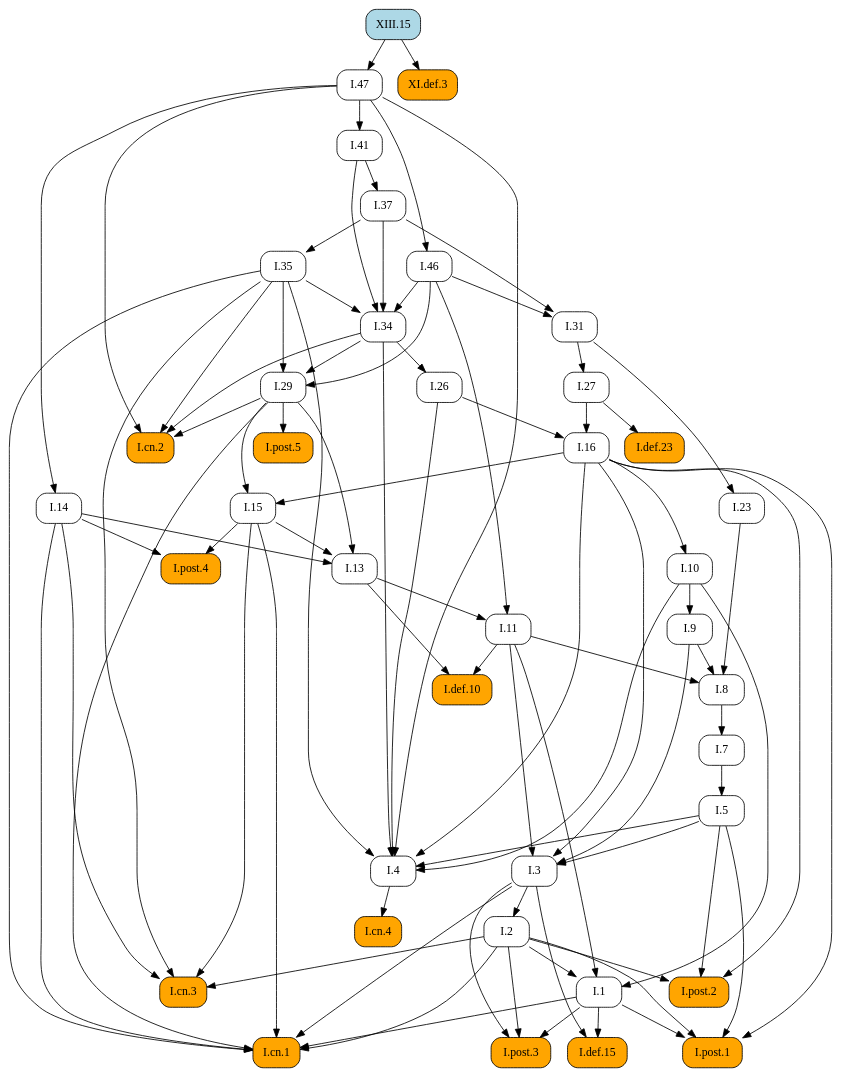
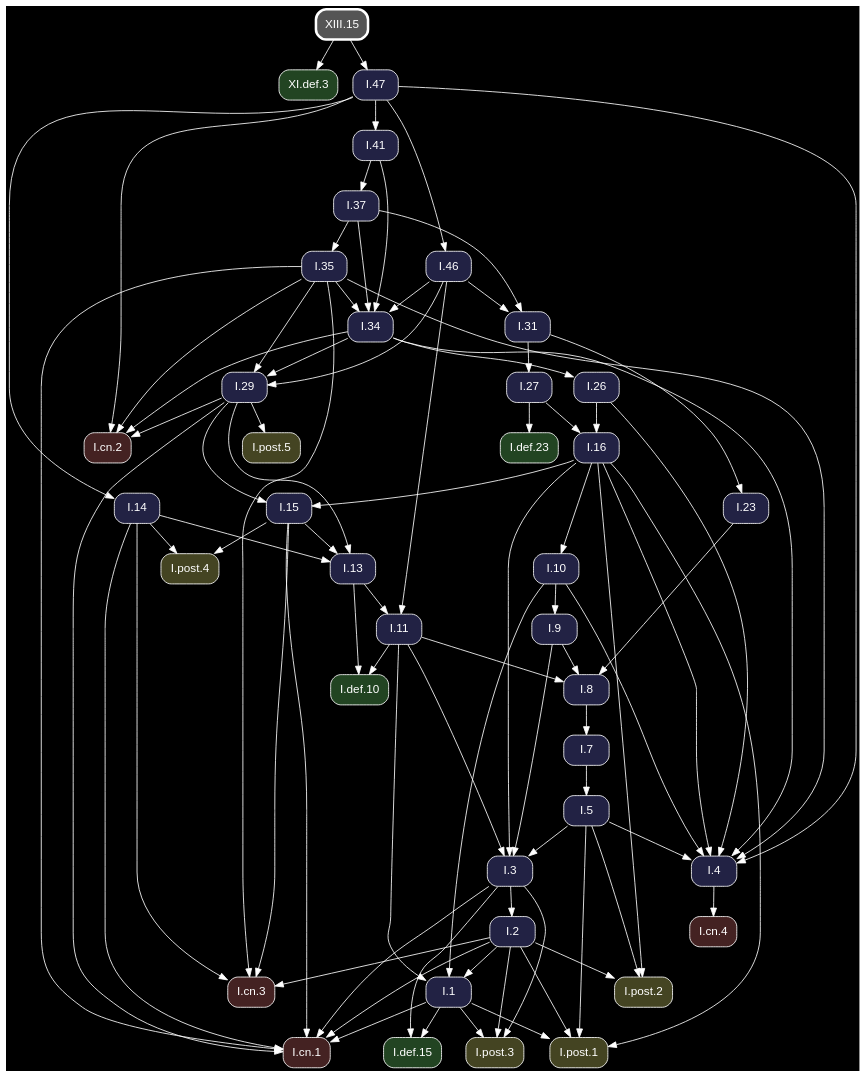
Before and after one commit to geometor/elements: the diagram in docsrc/heath/XIII/15/index.rst, drawn with Graphviz. The commit also changed other lines of this file and 1200 other files, not shown here.

Commit message:
update dependency graphs

```diff
--- a/docsrc/heath/XIII/15/index.rst
+++ b/docsrc/heath/XIII/15/index.rst
@@ -53,75 +53,55 @@
 .. graphviz::
 
    digraph {
+     bgcolor="black";
+     node [shape=box, style="rounded,filled", fontname="Helvetica", color="white", fontcolor="white"];
+     edge [color="white", fontcolor="white"];
      rankdir="TB";
-     node [shape=box, style=rounded];
-     "I.23" [URL="/heath/I/23/", target="_top"];
-     "I.9" [URL="/heath/I/9/", target="_top"];
-     "I.def.15" [style="rounded,filled", fillcolor=orange, URL="/heath/I/def.15/", target="_top"];
-     "I.47" [URL="/heath/I/47/", target="_top"];
-     "I.post.3" [style="rounded,filled", fillcolor=orange, URL="/heath/I/post.3/", target="_top"];
-     "I.post.1" [style="rounded,filled", fillcolor=orange, URL="/heath/I/post.1/", target="_top"];
-     "I.31" [URL="/heath/I/31/", target="_top"];
-     "I.def.10" [style="rounded,filled", fillcolor=orange, URL="/heath/I/def.10/", target="_top"];
-     "XI.def.3" [style="rounded,filled", fillcolor=orange, URL="/heath/XI/def.3/", target="_top"];
-     "I.27" [URL="/heath/I/27/", target="_top"];
-     "I.14" [URL="/heath/I/14/", target="_top"];
-     "I.34" [URL="/heath/I/34/", target="_top"];
-     "I.3" [URL="/heath/I/3/", target="_top"];
-     "I.35" [URL="/heath/I/35/", target="_top"];
-     "I.cn.1" [style="rounded,filled", fillcolor=orange, URL="/heath/I/cn.1/", target="_top"];
-     "I.7" [URL="/heath/I/7/", target="_top"];
-     "I.2" [URL="/heath/I/2/", target="_top"];
-     "I.13" [URL="/heath/I/13/", target="_top"];
-     "I.post.4" [style="rounded,filled", fillcolor=orange, URL="/heath/I/post.4/", target="_top"];
-     "I.4" [URL="/heath/I/4/", target="_top"];
-     "I.1" [URL="/heath/I/1/", target="_top"];
-     "I.5" [URL="/heath/I/5/", target="_top"];
-     "I.37" [URL="/heath/I/37/", target="_top"];
-     "I.8" [URL="/heath/I/8/", target="_top"];
-     "I.29" [URL="/heath/I/29/", target="_top"];
-     "I.cn.3" [style="rounded,filled", fillcolor=orange, URL="/heath/I/cn.3/", target="_top"];
-     "I.16" [URL="/heath/I/16/", target="_top"];
-     "I.15" [URL="/heath/I/15/", target="_top"];
-     "I.10" [URL="/heath/I/10/", target="_top"];
-     "I.11" [URL="/heath/I/11/", target="_top"];
-     "I.def.23" [style="rounded,filled", fillcolor=orange, URL="/heath/I/def.23/", target="_top"];
-     "I.cn.2" [style="rounded,filled", fillcolor=orange, URL="/heath/I/cn.2/", target="_top"];
-     "I.post.5" [style="rounded,filled", fillcolor=orange, URL="/heath/I/post.5/", target="_top"];
-     "XIII.15" [style="rounded,filled", fillcolor=lightblue, URL="/heath/XIII/15/", target="_top"];
-     "I.cn.4" [style="rounded,filled", fillcolor=orange, URL="/heath/I/cn.4/", target="_top"];
-     "I.41" [URL="/heath/I/41/", target="_top"];
-     "I.post.2" [style="rounded,filled", fillcolor=orange, URL="/heath/I/post.2/", target="_top"];
-     "I.46" [URL="/heath/I/46/", target="_top"];
-     "I.26" [URL="/heath/I/26/", target="_top"];
-     "I.31" -> "I.23";
-     "I.10" -> "I.9";
-     "I.1" -> "I.def.15";
-     "I.3" -> "I.def.15";
-     "XIII.15" -> "I.47";
-     "I.1" -> "I.post.3";
-     "I.2" -> "I.post.3";
-     "I.3" -> "I.post.3";
-     "I.1" -> "I.post.1";
-     "I.2" -> "I.post.1";
-     "I.5" -> "I.post.1";
-     "I.16" -> "I.post.1";
+     "I.31" [fillcolor="#222244", URL="/heath/I/31/", target="_top"];
+     "I.3" [fillcolor="#222244", URL="/heath/I/3/", target="_top"];
+     "I.cn.1" [fillcolor="#442222", URL="/heath/I/cn.1/", target="_top"];
+     "XI.def.3" [fillcolor="#224422", URL="/heath/XI/def.3/", target="_top"];
+     "I.def.10" [fillcolor="#224422", URL="/heath/I/def.10/", target="_top"];
+     "I.15" [fillcolor="#222244", URL="/heath/I/15/", target="_top"];
+     "XIII.15" [penwidth=3, color="white", fillcolor="#555555", URL="/heath/XIII/15/", target="_top"];
+     "I.13" [fillcolor="#222244", URL="/heath/I/13/", target="_top"];
+     "I.27" [fillcolor="#222244", URL="/heath/I/27/", target="_top"];
+     "I.2" [fillcolor="#222244", URL="/heath/I/2/", target="_top"];
+     "I.41" [fillcolor="#222244", URL="/heath/I/41/", target="_top"];
+     "I.cn.2" [fillcolor="#442222", URL="/heath/I/cn.2/", target="_top"];
+     "I.9" [fillcolor="#222244", URL="/heath/I/9/", target="_top"];
+     "I.1" [fillcolor="#222244", URL="/heath/I/1/", target="_top"];
+     "I.post.5" [fillcolor="#444422", URL="/heath/I/post.5/", target="_top"];
+     "I.post.4" [fillcolor="#444422", URL="/heath/I/post.4/", target="_top"];
+     "I.23" [fillcolor="#222244", URL="/heath/I/23/", target="_top"];
+     "I.26" [fillcolor="#222244", URL="/heath/I/26/", target="_top"];
+     "I.8" [fillcolor="#222244", URL="/heath/I/8/", target="_top"];
+     "I.4" [fillcolor="#222244", URL="/heath/I/4/", target="_top"];
+     "I.7" [fillcolor="#222244", URL="/heath/I/7/", target="_top"];
+     "I.5" [fillcolor="#222244", URL="/heath/I/5/", target="_top"];
+     "I.10" [fillcolor="#222244", URL="/heath/I/10/", target="_top"];
+     "I.46" [fillcolor="#222244", URL="/heath/I/46/", target="_top"];
+     "I.post.1" [fillcolor="#444422", URL="/heath/I/post.1/", target="_top"];
+     "I.11" [fillcolor="#222244", URL="/heath/I/11/", target="_top"];
+     "I.37" [fillcolor="#222244", URL="/heath/I/37/", target="_top"];
+     "I.16" [fillcolor="#222244", URL="/heath/I/16/", target="_top"];
+     "I.cn.3" [fillcolor="#442222", URL="/heath/I/cn.3/", target="_top"];
+     "I.29" [fillcolor="#222244", URL="/heath/I/29/", target="_top"];
+     "I.post.2" [fillcolor="#444422", URL="/heath/I/post.2/", target="_top"];
+     "I.cn.4" [fillcolor="#442222", URL="/heath/I/cn.4/", target="_top"];
+     "I.47" [fillcolor="#222244", URL="/heath/I/47/", target="_top"];
+     "I.14" [fillcolor="#222244", URL="/heath/I/14/", target="_top"];
+     "I.35" [fillcolor="#222244", URL="/heath/I/35/", target="_top"];
+     "I.def.23" [fillcolor="#224422", URL="/heath/I/def.23/", target="_top"];
+     "I.post.3" [fillcolor="#444422", URL="/heath/I/post.3/", target="_top"];
+     "I.34" [fillcolor="#222244", URL="/heath/I/34/", target="_top"];
+     "I.def.15" [fillcolor="#224422", URL="/heath/I/def.15/", target="_top"];
      "I.37" -> "I.31";
      "I.46" -> "I.31";
-     "I.11" -> "I.def.10";
-     "I.13" -> "I.def.10";
-     "XIII.15" -> "XI.def.3";
-     "I.31" -> "I.27";
-     "I.47" -> "I.14";
-     "I.35" -> "I.34";
-     "I.37" -> "I.34";
-     "I.41" -> "I.34";
-     "I.46" -> "I.34";
      "I.5" -> "I.3";
      "I.9" -> "I.3";
      "I.11" -> "I.3";
      "I.16" -> "I.3";
-     "I.37" -> "I.35";
      "I.1" -> "I.cn.1";
      "I.2" -> "I.cn.1";
      "I.3" -> "I.cn.1";
@@ -129,13 +109,33 @@
      "I.15" -> "I.cn.1";
      "I.29" -> "I.cn.1";
      "I.35" -> "I.cn.1";
-     "I.8" -> "I.7";
-     "I.3" -> "I.2";
+     "XIII.15" -> "XI.def.3";
+     "I.11" -> "I.def.10";
+     "I.13" -> "I.def.10";
+     "I.16" -> "I.15";
+     "I.29" -> "I.15";
      "I.14" -> "I.13";
      "I.15" -> "I.13";
      "I.29" -> "I.13";
+     "I.31" -> "I.27";
+     "I.3" -> "I.2";
+     "I.47" -> "I.41";
+     "I.29" -> "I.cn.2";
+     "I.34" -> "I.cn.2";
+     "I.35" -> "I.cn.2";
+     "I.47" -> "I.cn.2";
+     "I.10" -> "I.9";
+     "I.2" -> "I.1";
+     "I.10" -> "I.1";
+     "I.11" -> "I.1";
+     "I.29" -> "I.post.5";
      "I.14" -> "I.post.4";
      "I.15" -> "I.post.4";
+     "I.31" -> "I.23";
+     "I.34" -> "I.26";
+     "I.9" -> "I.8";
+     "I.11" -> "I.8";
+     "I.23" -> "I.8";
      "I.5" -> "I.4";
      "I.10" -> "I.4";
      "I.16" -> "I.4";
@@ -143,39 +143,41 @@
      "I.34" -> "I.4";
      "I.35" -> "I.4";
      "I.47" -> "I.4";
-     "I.2" -> "I.1";
-     "I.10" -> "I.1";
-     "I.11" -> "I.1";
+     "I.8" -> "I.7";
      "I.7" -> "I.5";
+     "I.16" -> "I.10";
+     "I.47" -> "I.46";
+     "I.1" -> "I.post.1";
+     "I.2" -> "I.post.1";
+     "I.5" -> "I.post.1";
+     "I.16" -> "I.post.1";
+     "I.13" -> "I.11";
+     "I.46" -> "I.11";
      "I.41" -> "I.37";
-     "I.9" -> "I.8";
-     "I.11" -> "I.8";
-     "I.23" -> "I.8";
-     "I.34" -> "I.29";
-     "I.35" -> "I.29";
-     "I.46" -> "I.29";
+     "I.26" -> "I.16";
+     "I.27" -> "I.16";
      "I.2" -> "I.cn.3";
      "I.14" -> "I.cn.3";
      "I.15" -> "I.cn.3";
      "I.35" -> "I.cn.3";
-     "I.26" -> "I.16";
-     "I.27" -> "I.16";
-     "I.16" -> "I.15";
-     "I.29" -> "I.15";
-     "I.16" -> "I.10";
-     "I.13" -> "I.11";
-     "I.46" -> "I.11";
-     "I.27" -> "I.def.23";
-     "I.29" -> "I.cn.2";
-     "I.34" -> "I.cn.2";
-     "I.35" -> "I.cn.2";
-     "I.47" -> "I.cn.2";
-     "I.29" -> "I.post.5";
-     "I.4" -> "I.cn.4";
-     "I.47" -> "I.41";
+     "I.34" -> "I.29";
+     "I.35" -> "I.29";
+     "I.46" -> "I.29";
      "I.2" -> "I.post.2";
      "I.5" -> "I.post.2";
      "I.16" -> "I.post.2";
-     "I.47" -> "I.46";
-     "I.34" -> "I.26";
+     "I.4" -> "I.cn.4";
+     "XIII.15" -> "I.47";
+     "I.47" -> "I.14";
+     "I.37" -> "I.35";
+     "I.27" -> "I.def.23";
+     "I.1" -> "I.post.3";
+     "I.2" -> "I.post.3";
+     "I.3" -> "I.post.3";
+     "I.35" -> "I.34";
+     "I.37" -> "I.34";
+     "I.41" -> "I.34";
+     "I.46" -> "I.34";
+     "I.1" -> "I.def.15";
+     "I.3" -> "I.def.15";
    }
```
